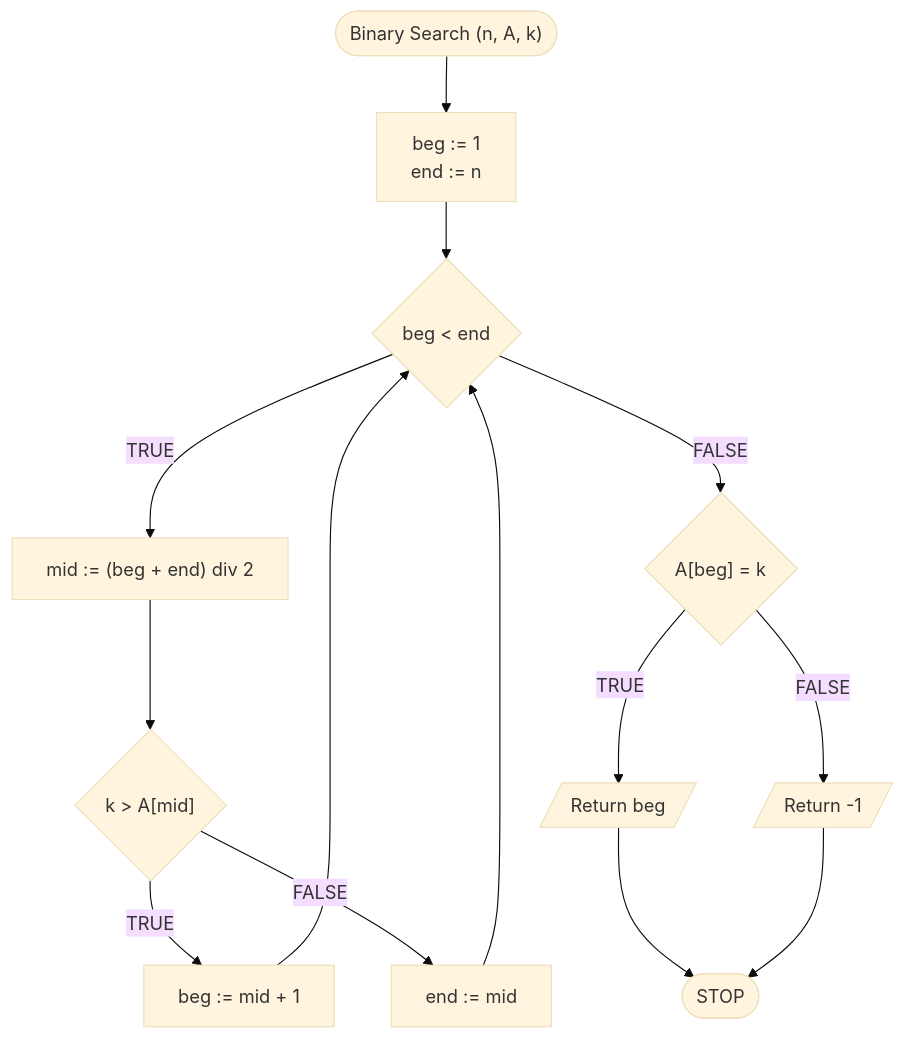
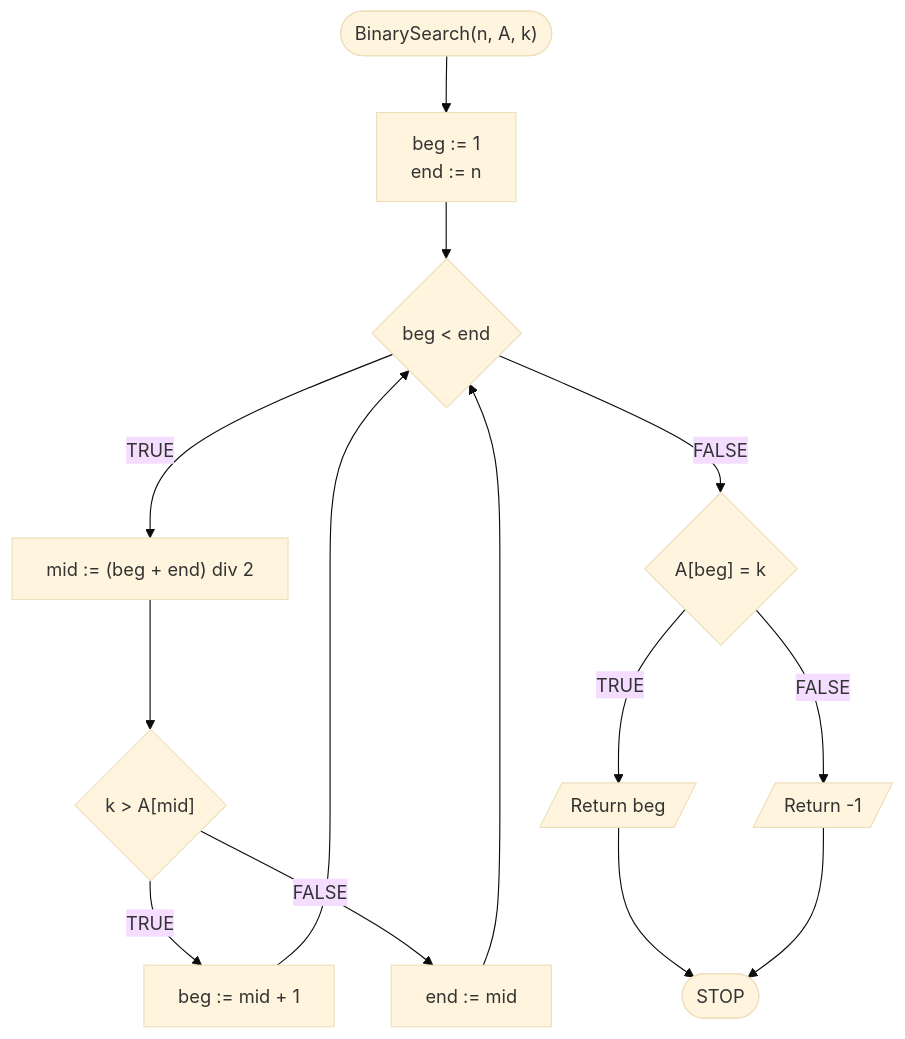
One commit to blackbat13/cs-htiew-en-gitbook changed the first of 2 diagrams in algorithms/searching/binary-search.md. Above: the diagram before and after it, drawn with Mermaid (base theme). The commit also changed other lines of this file, not shown here.

````diff
--- a/algorithms/searching/binary-search.md
+++ b/algorithms/searching/binary-search.md
@@ -72,16 +72,16 @@
 ```mermaid
 flowchart TD
-	START(["Binary Search (n, A, k)"]) --> O1[beg := 1\nend := n]
+	START(["BinarySearch(n, A, k)"]) --> O1[beg := 1\nend := n]
 	O1 --> C1{beg < end}
 	C1 -- TRUE --> O2["mid := (beg + end) div 2"]
 	O2 --> C2{"k > A[mid]"}
 	C2 -- TRUE --> O3[beg := mid + 1]
 	O3 --> C1
 	C2 -- FALSE --> O4[end := mid]
 	O4 --> C1
 	C1 -- FALSE --> C3{"A[beg] = k"}
 	C3 -- TRUE --> R1[/Return beg/]
 	R1 --> STOP([STOP])
 	C3 -- FALSE --> R2[/Return -1/]
 	R2 --> STOP
 ```
````
